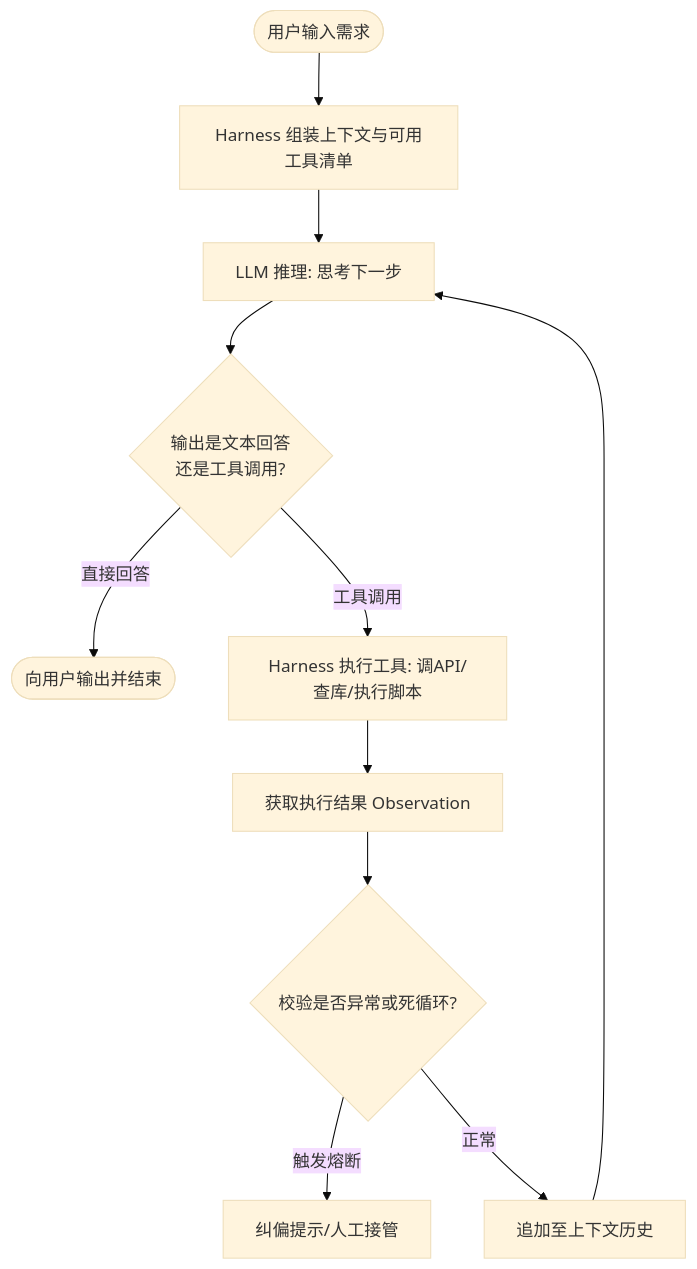
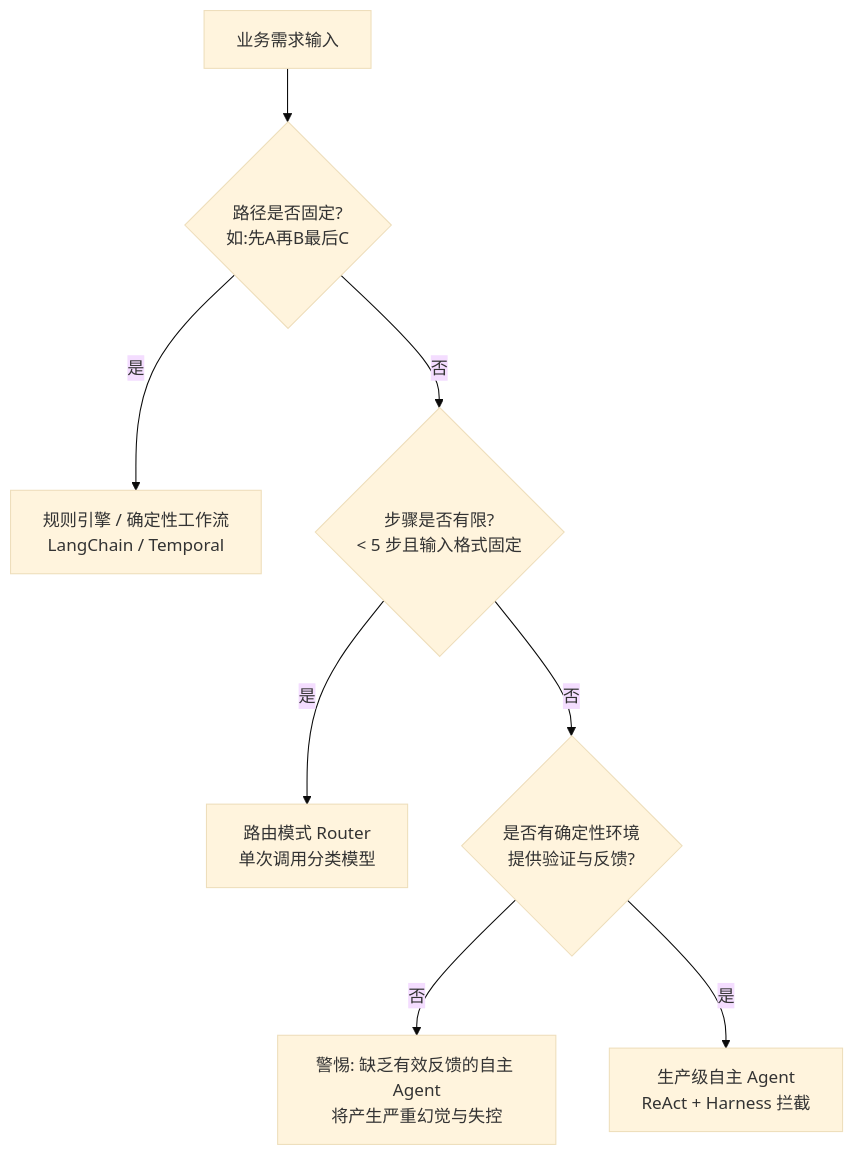
One commit to feixiao/ai changed the diagram in AgenticDesignPatterns/AI-Agents-in-Depth-QuickStart.md. Above: the diagram before and after it, drawn with Mermaid (base theme). The commit also changed other lines of this file, not shown here.

````diff
--- a/AgenticDesignPatterns/AI-Agents-in-Depth-QuickStart.md
+++ b/AgenticDesignPatterns/AI-Agents-in-Depth-QuickStart.md
@@ -77,13 +358,10 @@
 ```mermaid
 flowchart TD
-    User([用户输入需求]) --> Assemble[Harness 组装上下文与可用工具清单]
-    Assemble --> LLM[LLM 推理: 思考下一步]
-    LLM --> Decision{输出是文本回答<br>还是工具调用?}
-    Decision -- 直接回答 --> Output([向用户输出并结束])
-    Decision -- 工具调用 --> ToolExec[Harness 执行工具: 调API/查库/执行脚本]
-    ToolExec --> Result[获取执行结果 Observation]
-    Result --> Guard{校验是否异常或死循环?}
-    Guard -- 触发熔断 --> ErrorHandler[纠偏提示/人工接管]
-    Guard -- 正常 --> UpdateCtx[追加至上下文历史]
-    UpdateCtx --> LLM
+    Start[业务需求输入] --> Q1{路径是否固定?<br>如:先A再B最后C}
+    Q1 -- 是 --> Workflow[规则引擎 / 确定性工作流<br>LangChain / Temporal]
+    Q1 -- 否 --> Q2{步骤是否有限?<br>< 5 步且输入格式固定}
+    Q2 -- 是 --> Router[路由模式 Router<br>单次调用分类模型]
+    Q2 -- 否 --> Q3{是否有确定性环境<br>提供验证与反馈?}
+    Q3 -- 否 --> Abort[警惕: 缺乏有效反馈的自主 Agent<br>将产生严重幻觉与失控]
+    Q3 -- 是 --> Agent[生产级自主 Agent<br>ReAct + Harness 拦截]
 ```
````
